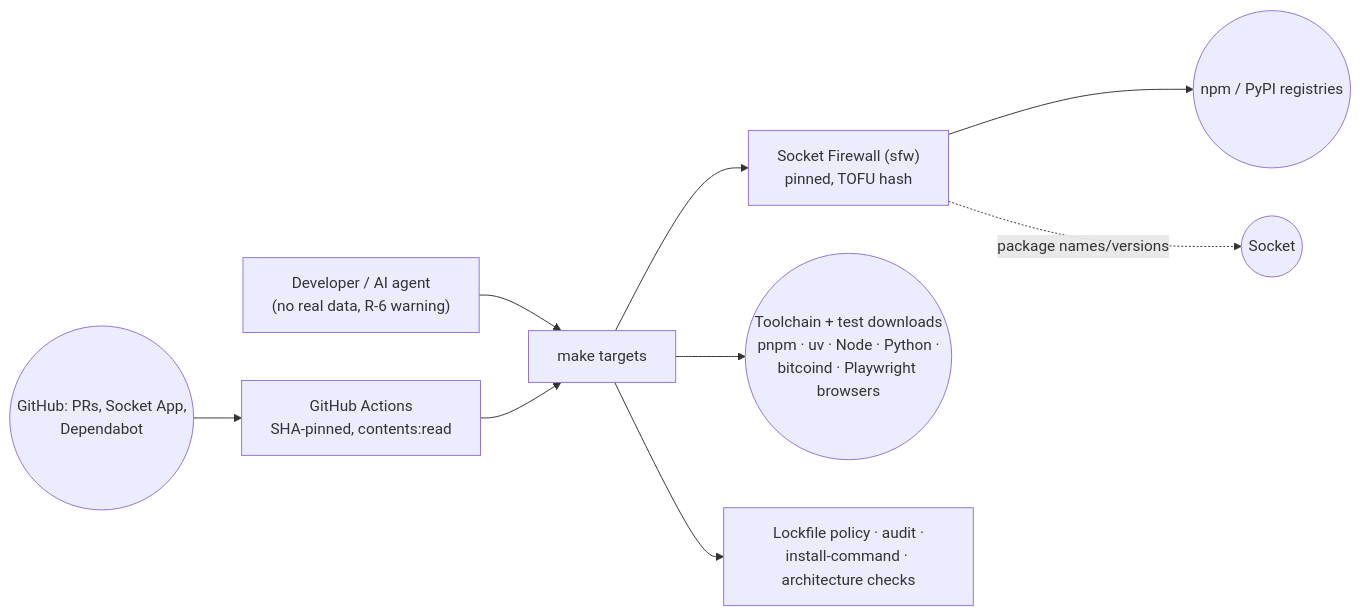
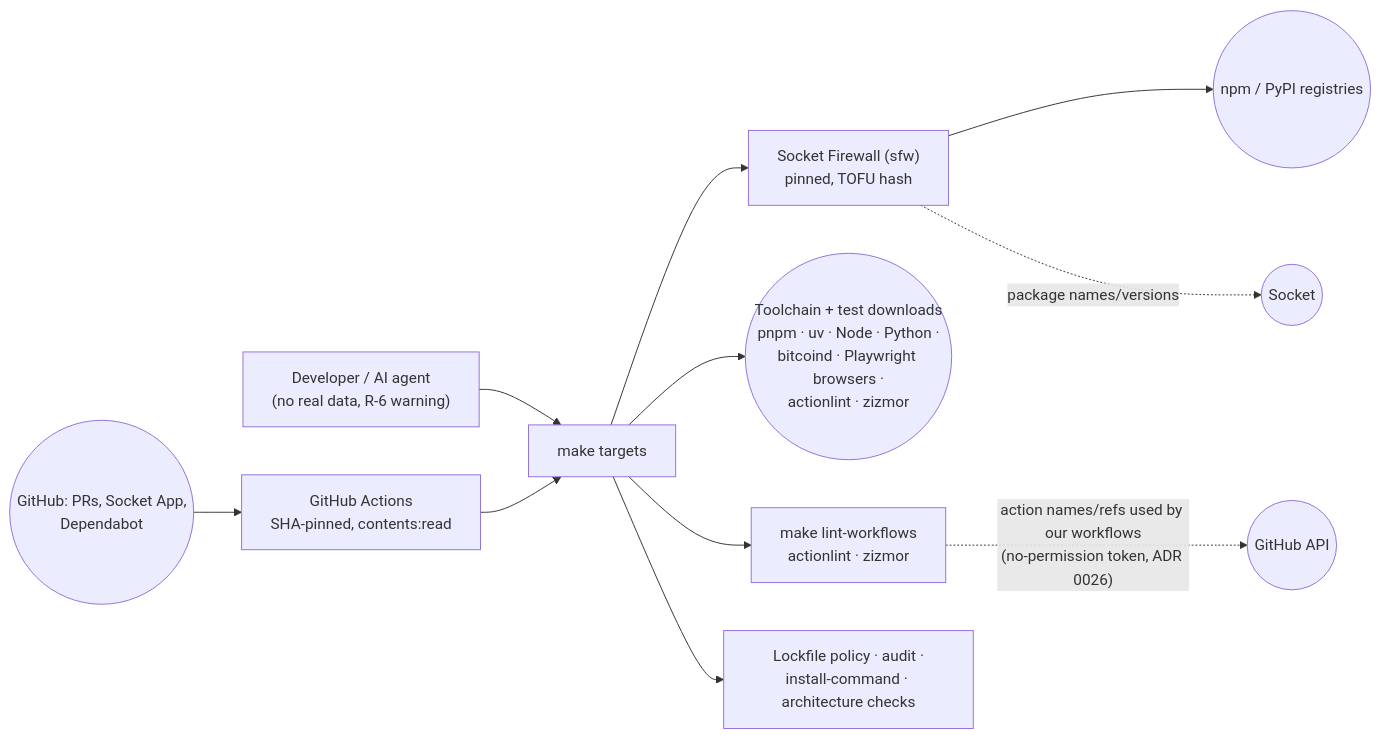
Before and after one commit to kristovatlas/coin-accounting: the ninth of 9 diagrams in docs/architecture.md, drawn with Mermaid. The commit also changed other lines of this file and 7 other files, not shown here.

````diff
--- a/docs/architecture.md
+++ b/docs/architecture.md
@@ -371,11 +371,13 @@
 ```mermaid
 flowchart LR
   DEV["Developer / AI agent<br/>(no real data, R-6 warning)"] --> MK["make targets"]
   CI["GitHub Actions<br/>SHA-pinned, contents:read"] --> MK
   MK --> SFW["Socket Firewall (sfw)<br/>pinned, TOFU hash"]
   SFW --> REG(("npm / PyPI registries"))
   SFW -. "package names/versions" .-> SOCK(("Socket"))
-  MK --> TOOLS(("Toolchain + test downloads<br/>pnpm · uv · Node · Python ·<br/>bitcoind · Playwright browsers"))
+  MK --> TOOLS(("Toolchain + test downloads<br/>pnpm · uv · Node · Python ·<br/>bitcoind · Playwright browsers ·<br/>actionlint · zizmor"))
+  MK --> LINT["make lint-workflows<br/>actionlint · zizmor"]
+  LINT -. "action names/refs used by our workflows<br/>(no-permission token, ADR 0026)" .-> GHAPI(("GitHub API"))
   MK --> CHK["Lockfile policy · audit ·<br/>install-command · architecture checks"]
   GH(("GitHub: PRs, Socket App,<br/>Dependabot")) --> CI
 ```
````
